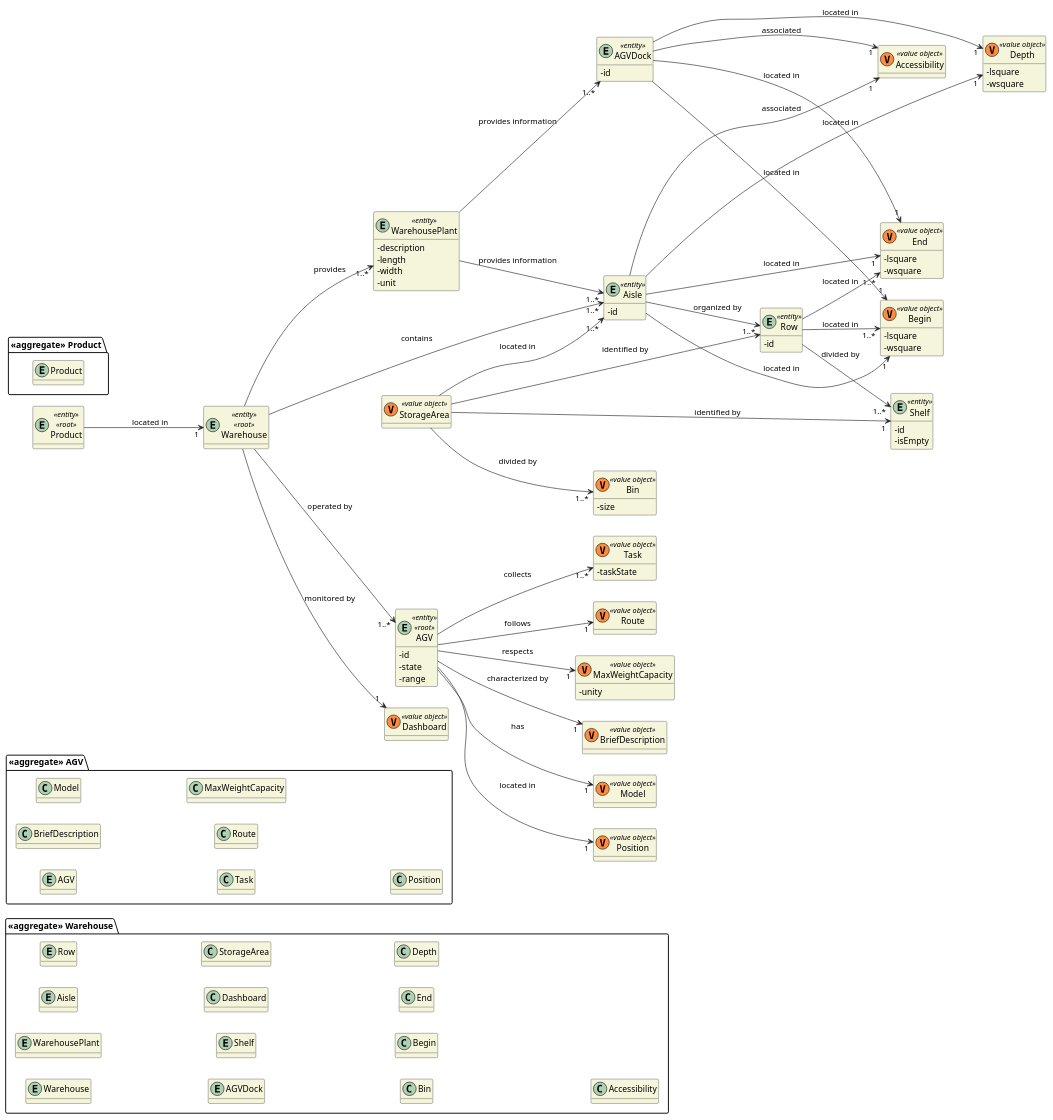
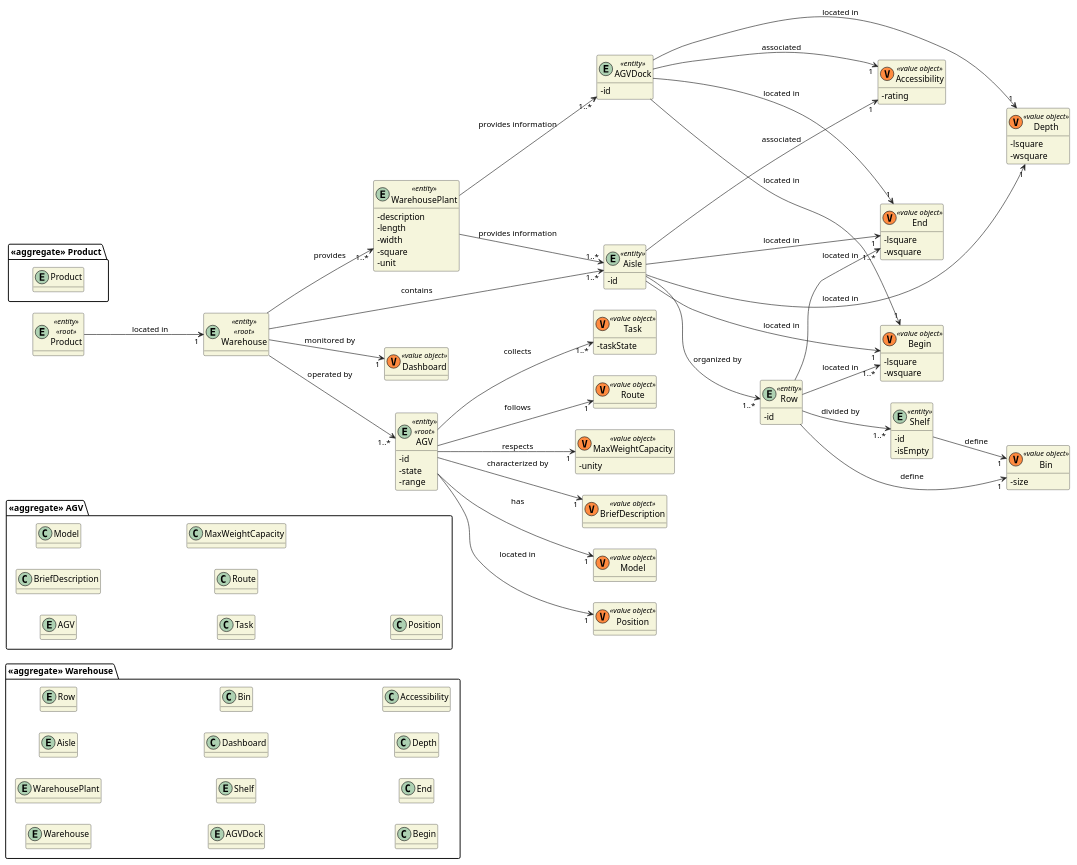
One commit to 0franciscor/lei21_22_s4_2de_01 changed the diagram in docs/DM/DM_Warehouse.puml. Above: the diagram before and after it, drawn with PlantUML. The commit also changed 4 other files, not shown here.

```diff
--- a/docs/DM/DM_Warehouse.puml
+++ b/docs/DM/DM_Warehouse.puml
@@ -1,168 +1,163 @@
 @startuml
 
 hide methods
 left to right direction
 skinparam classAttributeIconSize 0
 skinparam classBackgroundColor beige
 skinparam ArrowColor #222222
 
 package "<<aggregate>> Warehouse" {
     entity Warehouse
     entity WarehousePlant
     entity Aisle
     entity Row
     entity AGVDock
     entity Shelf
     class Dashboard
-    class StorageArea
     class Bin
     class Begin
     class End
     class Depth
     class Accessibility
 }
 
 package "<<aggregate>> AGV" {
     entity AGV
     class BriefDescription
     class Model
     class Task
     class Route
     class MaxWeightCapacity
     class Position
 }
 
 package "<<aggregate>> Product" {
     entity Product
 }
 
 entity Product <<entity>> <<root>> {}
 
 entity WarehousePlant <<entity>> {
     -description
     -length
     -width
+    -square
     -unit
 }
 
 entity AGV <<entity>> <<root>> {
     -id
     -state
     -range
 }
 
 entity AGVDock <<entity>> {
     -id
 }
 
 entity Warehouse <<entity>> <<root>> {
 }
 
 class Dashboard <<(V,#FF8B40) value object>>{}
 
 entity Shelf <<entity>>{
     -id
     -isEmpty
 }
-
-class StorageArea <<(V,#FF8B40) value object>>{}
 
 class Bin <<(V,#FF8B40) value object>>{
     -size
 }
 
 entity Aisle <<entity>>{
     -id
 }
 
 class Begin <<(V,#FF8B40) value object>>{
     -lsquare
     -wsquare
 }
 
 class End <<(V,#FF8B40) value object>>{
     -lsquare
     -wsquare
 }
 
 class Depth <<(V,#FF8B40) value object>>{
     -lsquare
     -wsquare
 }
 
-class Accessibility <<(V,#FF8B40) value object>>{}
+class Accessibility <<(V,#FF8B40) value object>>{
+    -rating
+}
 
 entity Row <<entity>>{
     -id
+
 }
 
 Product--> "1" Warehouse : located in
 
 Warehouse --> "1..*" Aisle : contains
 
 Warehouse --> "1" Dashboard : monitored by
 
 Warehouse --> "1..*" AGV : operated by
 
 Warehouse --> "1..*" WarehousePlant : provides
 
 WarehousePlant --> "1..*" Aisle : provides information
 
 WarehousePlant --> "1..*" AGVDock : provides information
 
-StorageArea --> "1..*" Aisle : located in
+
 
 Aisle --> "1..*" Row : organized by
 
 Aisle --> "1" Begin : located in
 Aisle --> "1" End : located in
 Aisle ----> "1" Depth : located in
 Aisle --> "1" Accessibility : associated
 
 Row --> "1..*" Shelf : divided by
 
 Row --> "1..*" Begin : located in
 
 Row --> "1..*" End : located in
 
-StorageArea --> Row : identified by
-
-StorageArea --> "1" Shelf : identified by
-
-StorageArea --> "1..*" Bin : divided by
+Row --> "1" Bin : define
+Shelf --> "1" Bin : define
 
 AGVDock ---> "1" Begin : located in
 AGVDock ---> "1" End : located in
 AGVDock ---> "1" Depth : located in
 AGVDock ---> "1" Accessibility : associated
 
 
 entity AGV <<entity>> <<root>> {}
 
 class BriefDescription <<(V,#FF8B40) value object>> {}
 
 class Model <<(V,#FF8B40) value object>> {}
 
 class Position <<(V,#FF8B40) value object>> {}
 
 class Task<<(V,#FF8B40) value object>> {
     -taskState
 }
 
 class Route <<(V,#FF8B40) value object>> {}
 
 class MaxWeightCapacity <<(V,#FF8B40) value object>> {
 -unity
 }
 
 AGV --> "1..*" Task : collects
 AGV --> "1" Route : follows
 AGV --> "1" Model : has
 AGV --> "1" BriefDescription : characterized by
 AGV --> "1" MaxWeightCapacity : respects
 AGV --> "1" Position : located in
 
-
-
-
 @enduml
```
